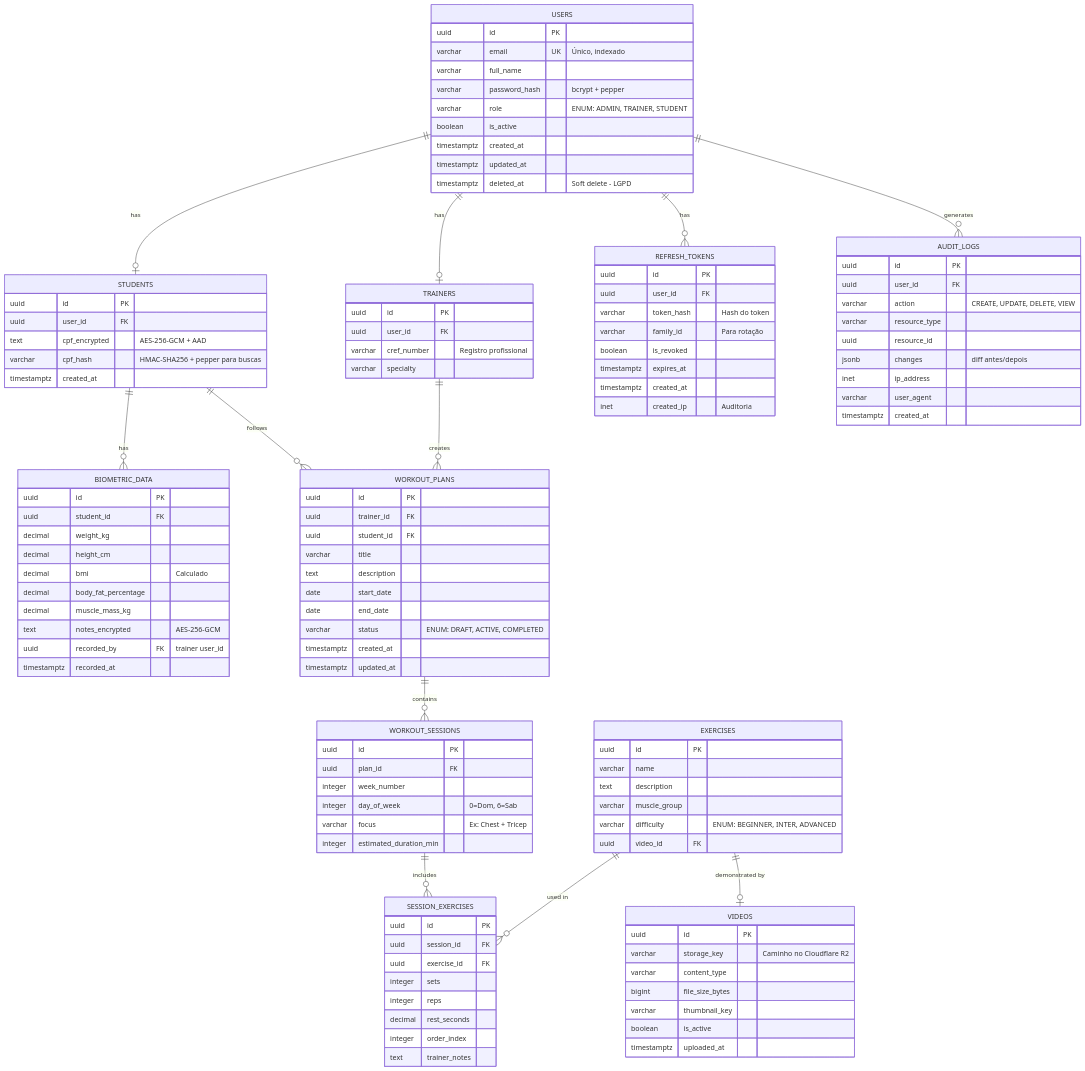
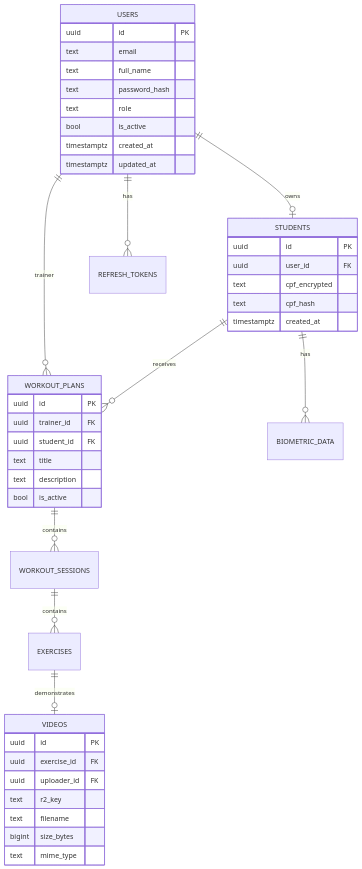
The second of 8 diagrams in docs/architecture/SAD.md (SCAPUTO88/fit-brother-2), drawn with Mermaid before and after one commit. The commit also changed other lines of this file and 27 other files, not shown here.

Commit message:
docs: atualiza arquitetura e roadmap do Fit Brother

````diff
--- a/docs/architecture/SAD.md
+++ b/docs/architecture/SAD.md
@@ -150,129 +118,49 @@
 ```mermaid
 erDiagram
+    USERS ||--o| STUDENTS : owns
+    USERS ||--o{ REFRESH_TOKENS : has
+    USERS ||--o{ WORKOUT_PLANS : trainer
+    STUDENTS ||--o{ BIOMETRIC_DATA : has
+    STUDENTS ||--o{ WORKOUT_PLANS : receives
+    WORKOUT_PLANS ||--o{ WORKOUT_SESSIONS : contains
+    WORKOUT_SESSIONS ||--o{ EXERCISES : contains
+    EXERCISES ||--o| VIDEOS : demonstrates
+
     USERS {
         uuid id PK
-        varchar email UK "Único, indexado"
-        varchar full_name
-        varchar password_hash "bcrypt + pepper"
-        varchar role "ENUM: ADMIN, TRAINER, STUDENT"
-        boolean is_active
+        text email
+        text full_name
+        text password_hash
+        text role
+        bool is_active
         timestamptz created_at
         timestamptz updated_at
-        timestamptz deleted_at "Soft delete - LGPD"
     }
 
     STUDENTS {
         uuid id PK
         uuid user_id FK
-        text cpf_encrypted "AES-256-GCM + AAD"
-        varchar cpf_hash "HMAC-SHA256 + pepper para buscas"
+        text cpf_encrypted
+        text cpf_hash
         timestamptz created_at
-    }
-
-    BIOMETRIC_DATA {
-        uuid id PK
-        uuid student_id FK
-        decimal weight_kg
-        decimal height_cm
-        decimal bmi "Calculado"
-        decimal body_fat_percentage
-        decimal muscle_mass_kg
-        text notes_encrypted "AES-256-GCM"
-        uuid recorded_by FK "trainer user_id"
-        timestamptz recorded_at
-    }
-
-    TRAINERS {
-        uuid id PK
-        uuid user_id FK
-        varchar cref_number "Registro profissional"
-        varchar specialty
     }
 
     WORKOUT_PLANS {
         uuid id PK
         uuid trainer_id FK
         uuid student_id FK
-        varchar title
+        text title
         text description
-        date start_date
-        date end_date
-        varchar status "ENUM: DRAFT, ACTIVE, COMPLETED"
-        timestamptz created_at
-        timestamptz updated_at
-    }
-
-    WORKOUT_SESSIONS {
-        uuid id PK
-        uuid plan_id FK
-        integer week_number
-        integer day_of_week "0=Dom, 6=Sab"
-        varchar focus "Ex: Chest + Tricep"
-        integer estimated_duration_min
-    }
-
-    EXERCISES {
-        uuid id PK
-        varchar name
-        text description
-        varchar muscle_group
-        varchar difficulty "ENUM: BEGINNER, INTER, ADVANCED"
-        uuid video_id FK
-    }
-
-    SESSION_EXERCISES {
-        uuid id PK
-        uuid session_id FK
-        uuid exercise_id FK
-        integer sets
-        integer reps
-        decimal rest_seconds
-        integer order_index
-        text trainer_notes
+        bool is_active
     }
 
     VIDEOS {
         uuid id PK
-        varchar storage_key "Caminho no Cloudflare R2"
-        varchar content_type
-        bigint file_size_bytes
-        varchar thumbnail_key
-        boolean is_active
-        timestamptz uploaded_at
+        uuid exercise_id FK
+        uuid uploader_id FK
+        text r2_key
+        text filename
+        bigint size_bytes
+        text mime_type
     }
-
-    REFRESH_TOKENS {
-        uuid id PK
-        uuid user_id FK
-        varchar token_hash "Hash do token"
-        varchar family_id "Para rotação"
-        boolean is_revoked
-        timestamptz expires_at
-        timestamptz created_at
-        inet created_ip "Auditoria"
-    }
-
-    AUDIT_LOGS {
-        uuid id PK
-        uuid user_id FK
-        varchar action "CREATE, UPDATE, DELETE, VIEW"
-        varchar resource_type
-        uuid resource_id
-        jsonb changes "diff antes/depois"
-        inet ip_address
-        varchar user_agent
-        timestamptz created_at
-    }
-
-    USERS ||--o| STUDENTS : "has"
-    USERS ||--o| TRAINERS : "has"
-    STUDENTS ||--o{ BIOMETRIC_DATA : "has"
-    TRAINERS ||--o{ WORKOUT_PLANS : "creates"
-    STUDENTS ||--o{ WORKOUT_PLANS : "follows"
-    WORKOUT_PLANS ||--o{ WORKOUT_SESSIONS : "contains"
-    WORKOUT_SESSIONS ||--o{ SESSION_EXERCISES : "includes"
-    EXERCISES ||--o{ SESSION_EXERCISES : "used in"
-    EXERCISES ||--o| VIDEOS : "demonstrated by"
-    USERS ||--o{ REFRESH_TOKENS : "has"
-    USERS ||--o{ AUDIT_LOGS : "generates"
 ```
````
